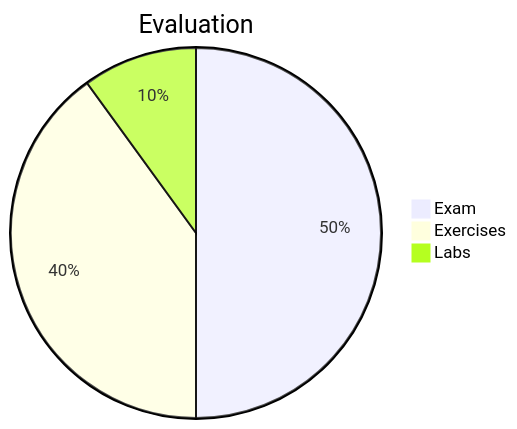
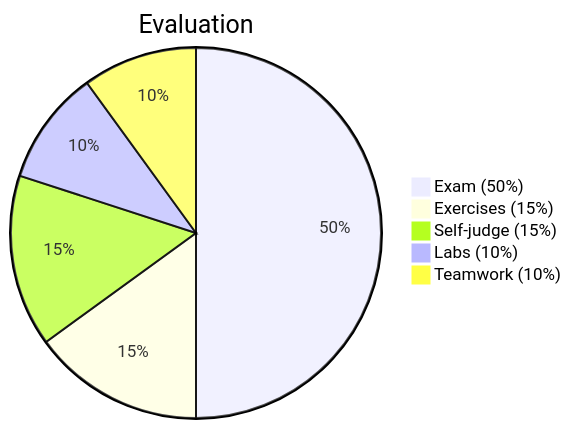
Before and after one commit to ChenZhongPu/data-structure-swufe: the third of 3 diagrams in slides-web/week0.md, drawn with Mermaid. The commit also changed other lines of this file and 5 other files, not shown here.

````diff
--- a/slides-web/week0.md
+++ b/slides-web/week0.md
@@ -304,6 +297,8 @@
-```mermaid {scale: 0.8}
+```mermaid {scale: 0.7}
 pie title Evaluation
-    "Exam" : 50
-    "Exercises" : 40
-    "Labs": 10
+    "Exam (50%)" : 50
+    "Exercises (15%)": 15
+    "Self-judge (15%)": 15
+    "Labs (10%)": 10
+    "Teamwork (10%)": 10
 ```
````
